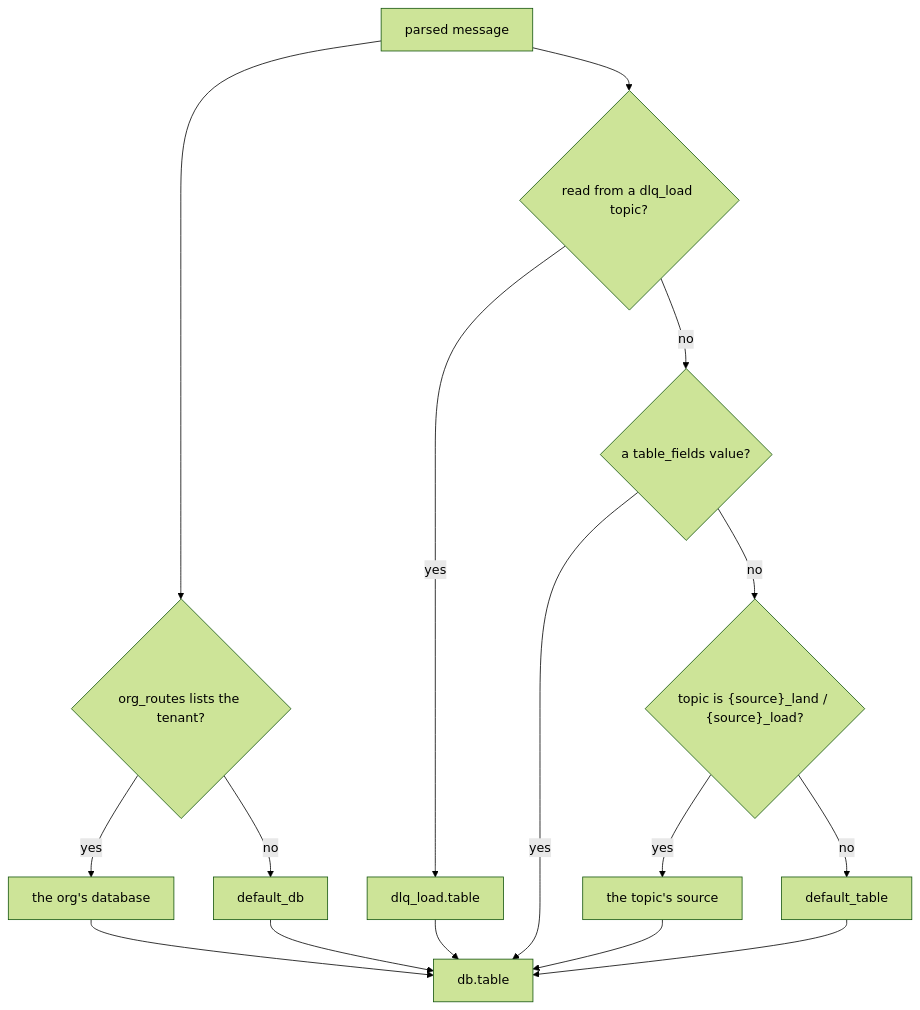
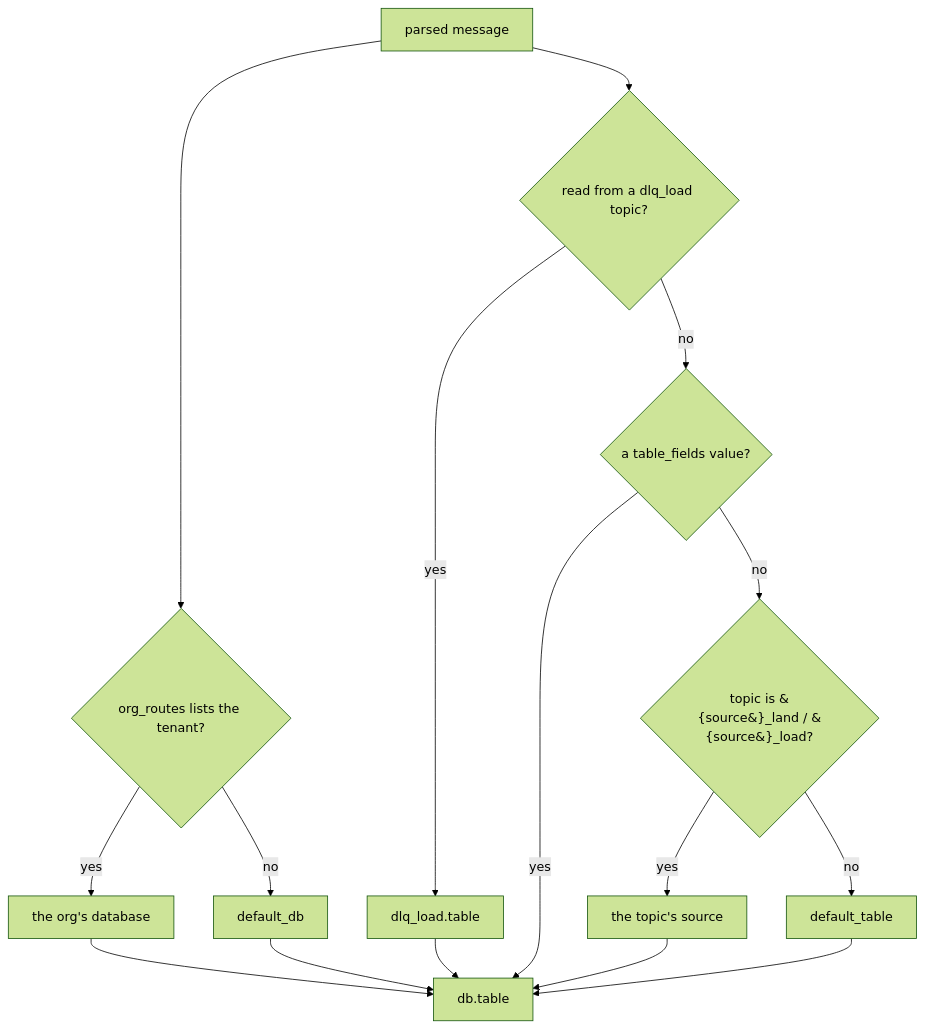
The diagram in docs/pipeline/routing.md (hyperi-io/dfe-loader), drawn with Mermaid (forest theme) before and after one commit. The commit also changed other lines of this file and 30 other files, not shown here.

````diff
--- a/docs/pipeline/routing.md
+++ b/docs/pipeline/routing.md
@@ -15,25 +15,25 @@
 ```mermaid
 flowchart TB
     MSG["parsed message"]
     ORG{"org_routes lists the tenant?"}
     PIN{"read from a dlq_load topic?"}
     DLQTBL["dlq_load.table"]
     TBF{"a table_fields value?"}
-    TOPIC{"topic is {source}_land / {source}_load?"}
+    TOPIC{"topic is &#123;source&#125;_land / &#123;source&#125;_load?"}
     DEFDB["default_db"]
     ORGDB["the org's database"]
     DEFTBL["default_table"]
     SRC["the topic's source"]
     OUT["db.table"]
 
     MSG --> ORG
     ORG -->|yes| ORGDB --> OUT
     ORG -->|no| DEFDB --> OUT
     MSG --> PIN
     PIN -->|yes| DLQTBL --> OUT
     PIN -->|no| TBF
     TBF -->|yes| OUT
     TBF -->|no| TOPIC
     TOPIC -->|yes| SRC --> OUT
     TOPIC -->|no| DEFTBL --> OUT
 ```
````
